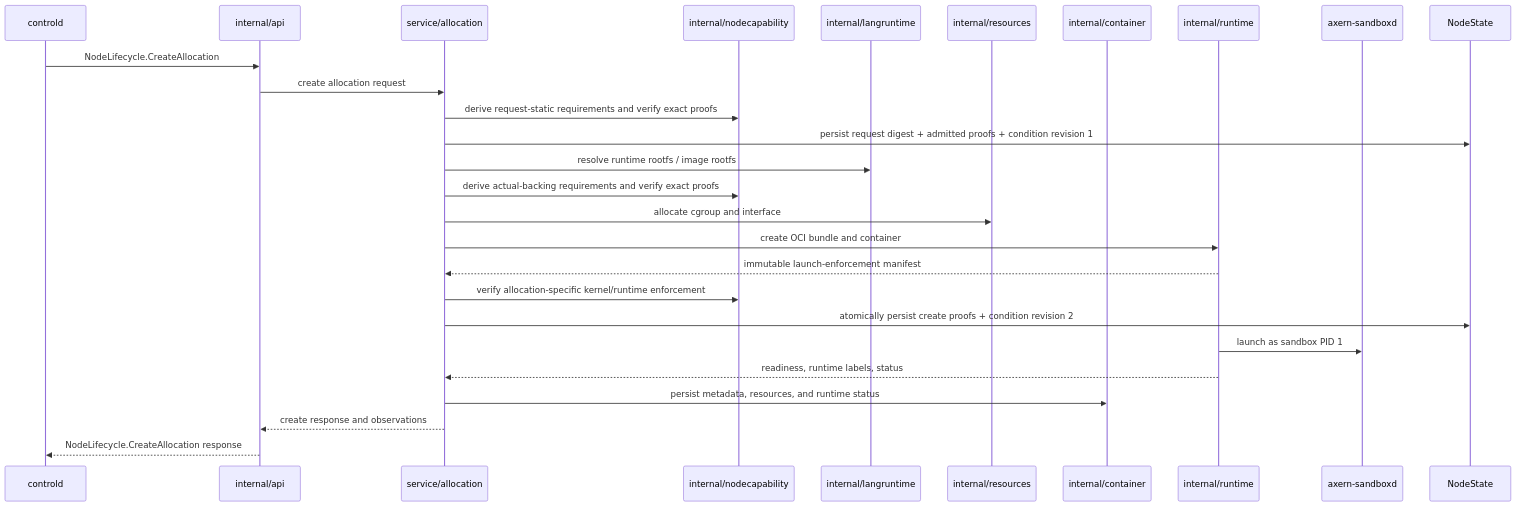
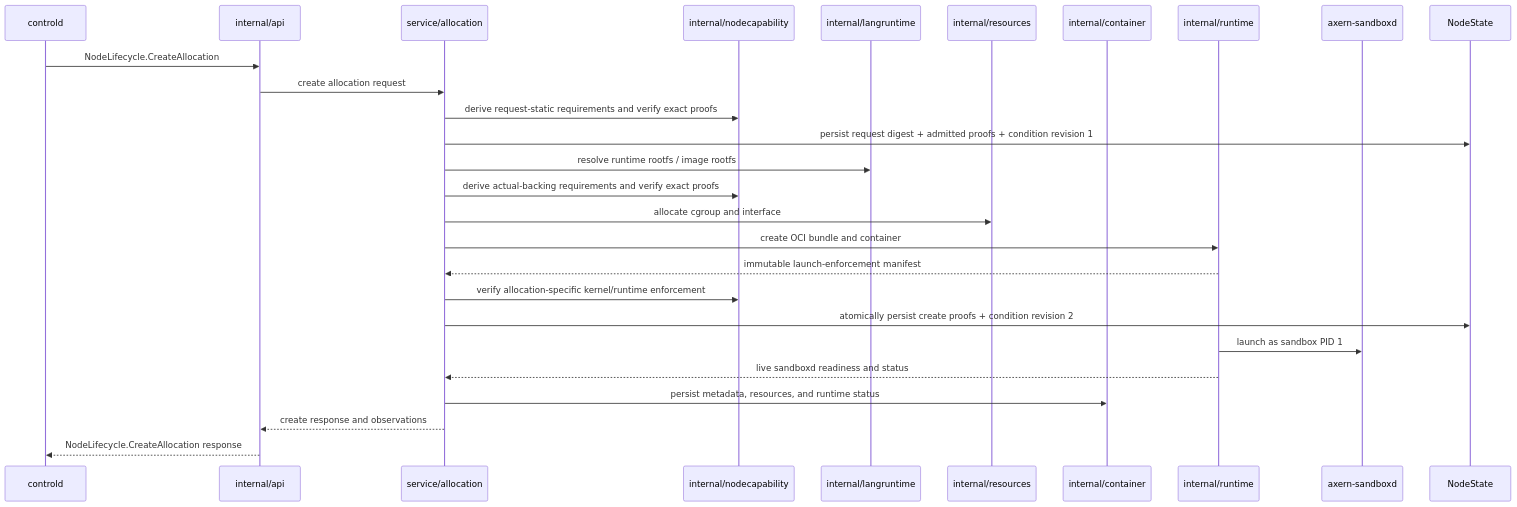
The second of 3 diagrams in runtime/axnoded/docs/architecture.md (cofy-x/axern), drawn with Mermaid before and after one commit. The commit also changed other lines of this file and 379 other files, not shown here.

````diff
--- a/runtime/axnoded/docs/architecture.md
+++ b/runtime/axnoded/docs/architecture.md
@@ -51,29 +72,29 @@
 ```mermaid
 sequenceDiagram
     participant Control as controld
     participant API as internal/api
     participant Start as service/allocation
     participant Capability as internal/nodecapability
     participant LangRT as internal/langruntime
     participant Resources as internal/resources
     participant Container as internal/container
     participant Runtime as internal/runtime
     participant Sandboxd as axern-sandboxd
 
     Control->>API: NodeLifecycle.CreateAllocation
     API->>Start: create allocation request
     Start->>Capability: derive request-static requirements and verify exact proofs
     Start->>NodeState: persist request digest + admitted proofs + condition revision 1
     Start->>LangRT: resolve runtime rootfs / image rootfs
     Start->>Capability: derive actual-backing requirements and verify exact proofs
     Start->>Resources: allocate cgroup and interface
     Start->>Runtime: create OCI bundle and container
     Runtime-->>Start: immutable launch-enforcement manifest
     Start->>Capability: verify allocation-specific kernel/runtime enforcement
     Start->>NodeState: atomically persist create proofs + condition revision 2
     Runtime->>Sandboxd: launch as sandbox PID 1
-    Runtime-->>Start: readiness, runtime labels, status
+    Runtime-->>Start: live sandboxd readiness and status
     Start->>Container: persist metadata, resources, and runtime status
     Start-->>API: create response and observations
     API-->>Control: NodeLifecycle.CreateAllocation response
 ```
````
